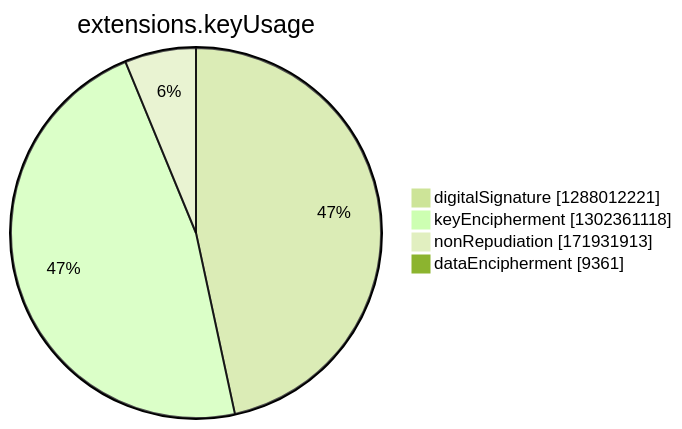
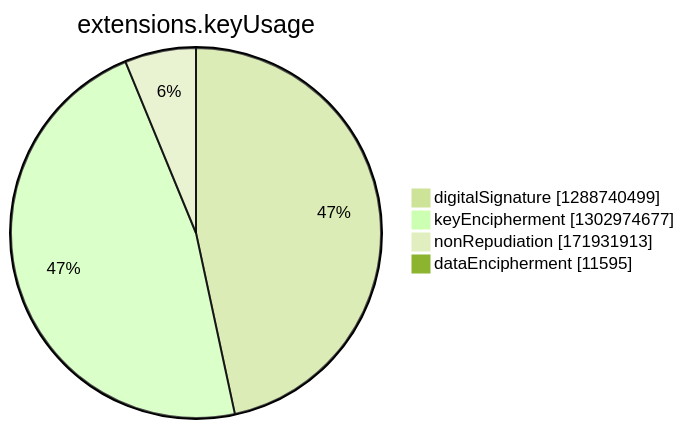
Before and after one commit to christiankrug/ctmonitor_visualization: the seventh of 15 diagrams in argon2022/README.md, drawn with Mermaid (forest theme). The commit also changed other lines of this file, not shown here.

````diff
--- a/argon2022/README.md
+++ b/argon2022/README.md
@@ -2748,8 +2748,8 @@
 ```mermaid
 pie showData
 title extensions.keyUsage
-"digitalSignature" :1288012221
-"keyEncipherment" :1302361118
+"digitalSignature" :1288740499
+"keyEncipherment" :1302974677
 "nonRepudiation" :171931913
-"dataEncipherment" :9361
+"dataEncipherment" :11595
 ```
````
